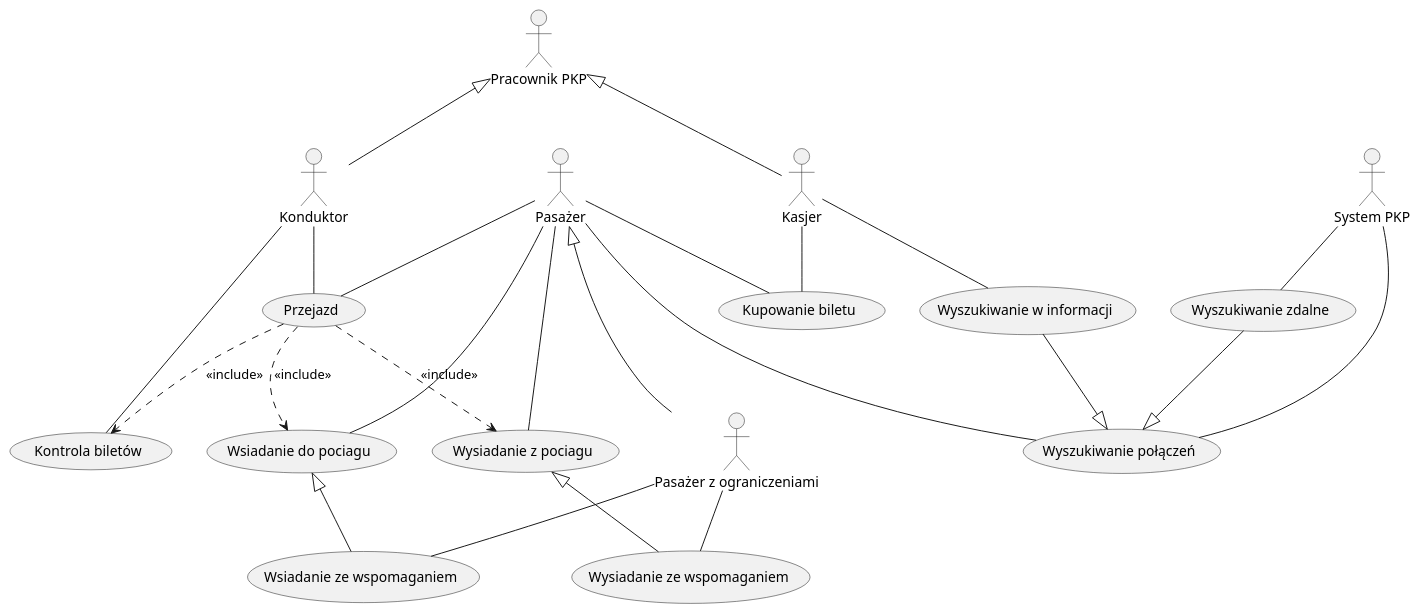
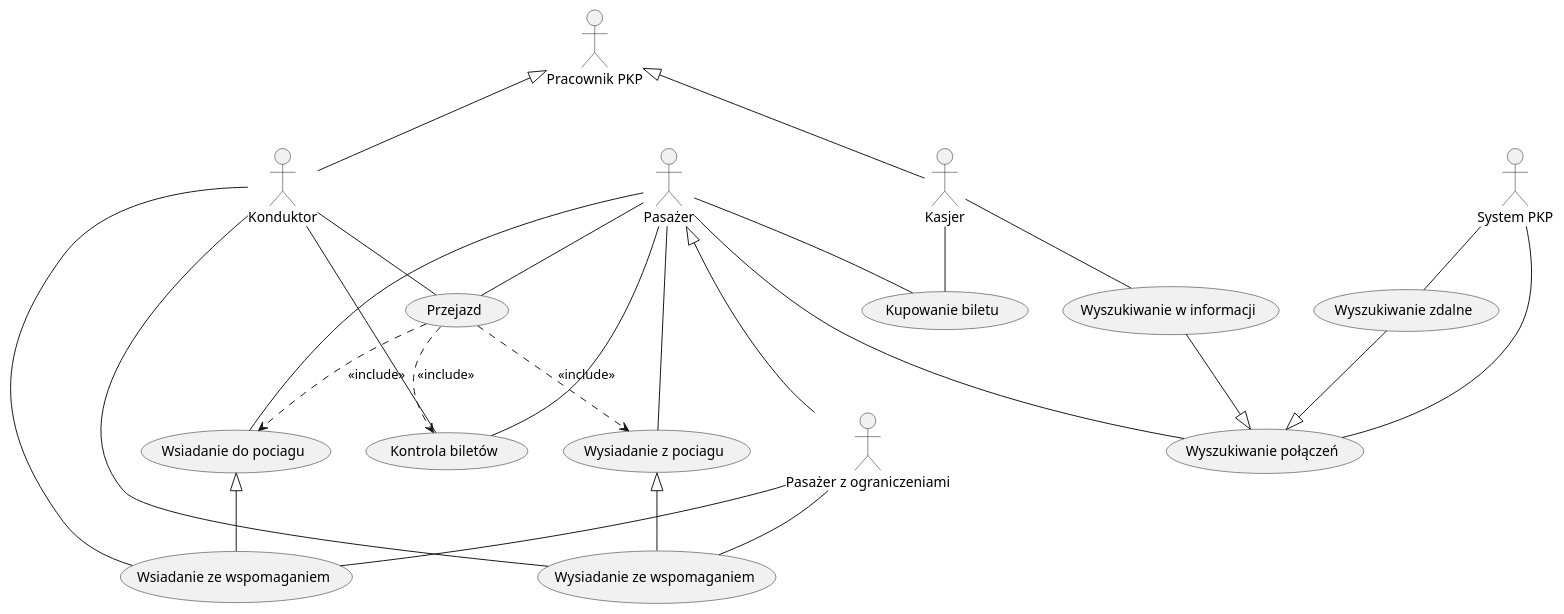
The diagram in dzienne/use_case_diagram_pkp.plantuml (kpodlaski/ProjektowanieObiektowe_2024-24), drawn with PlantUML before and after one commit.

Commit message:
use case pkp - poprawki

```diff
--- a/dzienne/use_case_diagram_pkp.plantuml
+++ b/dzienne/use_case_diagram_pkp.plantuml
@@ -1,54 +1,58 @@
 @startuml
 
 actor "Pasażer" as Pasazer
 actor "Pasażer z ograniczeniami" as PasazerNiepelnosprawny
 actor "Pracownik PKP" as Pracownik
 actor Konduktor
 actor Kasjer
 actor "System PKP" as System
 'Inni aktorzy
 ' SOK
 ' Maszynista
 
 Konduktor -up-|> Pracownik
 Kasjer -up-|> Pracownik
 Pasazer <|-- PasazerNiepelnosprawny 
 
 usecase "Kupowanie biletu" as Zakup
 usecase "Wyszukiwanie połączeń" as Wyszukiwanie
 usecase "Wyszukiwanie w informacji" as WyszukiwanieInformacja
 usecase "Wyszukiwanie zdalne" as WyszukiwanieZdalne
 usecase Przejazd
 usecase "Wsiadanie do pociagu" as Wsiadanie
 usecase "Wsiadanie ze wspomaganiem" as WsiadanieWspomagane
 usecase "Wysiadanie z pociagu" as Wysiadanie
 usecase "Wysiadanie ze wspomaganiem" as WysiadanieWspomagane
 usecase "Kontrola biletów" as Kontrola
 
 'Inne przypadki użycia
 'Informacje o pociągach na stacji
 'Reklamacje
 
 Pasazer -- Zakup
 Pasazer -- Wyszukiwanie
 Pasazer -- Przejazd
 Pasazer -- Wsiadanie
 Pasazer -- Wysiadanie
+Pasazer -- Kontrola
 PasazerNiepelnosprawny -- WsiadanieWspomagane
 PasazerNiepelnosprawny -- WysiadanieWspomagane
 Konduktor -- Przejazd
 Konduktor -- Kontrola
+Konduktor -- WsiadanieWspomagane
+Konduktor -- WysiadanieWspomagane
+
 Kasjer -- Zakup
 Kasjer -- WyszukiwanieInformacja
 System -- WyszukiwanieZdalne
 System -- Wyszukiwanie
 
 Przejazd ..> Wsiadanie : <<include>>
 Przejazd ..> Wysiadanie : <<include>>
 Przejazd ..> Kontrola : <<include>>
 Wsiadanie <|-- WsiadanieWspomagane
 Wysiadanie <|-- WysiadanieWspomagane
 WyszukiwanieInformacja --|> Wyszukiwanie
 WyszukiwanieZdalne --|> Wyszukiwanie
 
 @enduml
```
